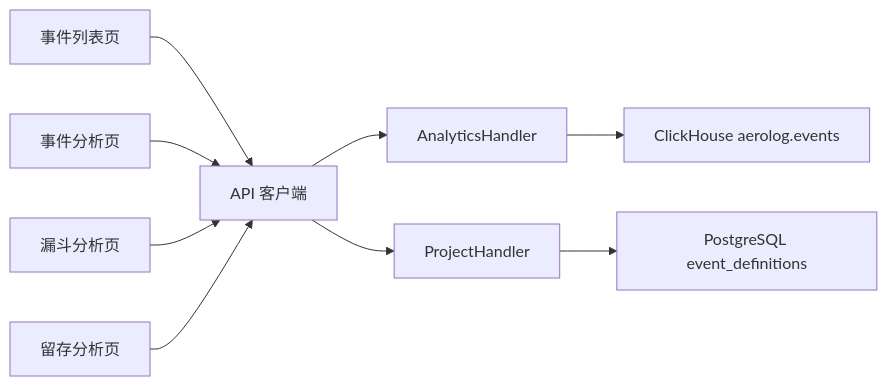
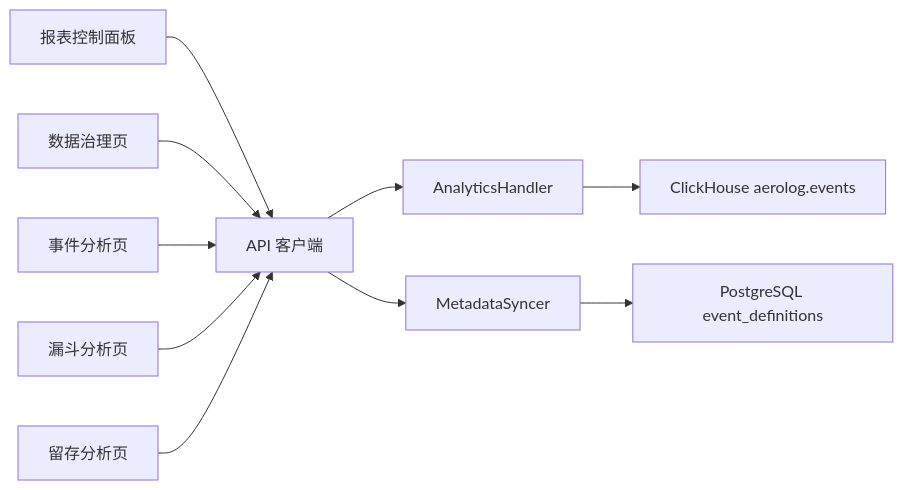
The fifth of 5 diagrams in .qoder/repowiki/zh/content/Web控制台/事件分析功能.md (zhen-zhong/AeroLog), drawn with Mermaid before and after one commit. The commit also changed other lines of this file and 26 other files, not shown here.

````diff
--- a/.qoder/repowiki/zh/content/Web控制台/事件分析功能.md
+++ b/.qoder/repowiki/zh/content/Web控制台/事件分析功能.md
@@ -329,11 +314,12 @@
 ```mermaid
 graph LR
-FE_Admin["事件列表页"] --> API["API 客户端"]
+FE_RC["报表控制面板"] --> API["API 客户端"]
+FE_Metadata["数据治理页"] --> API
 FE_Event["事件分析页"] --> API
 FE_Funnel["漏斗分析页"] --> API
 FE_Ret["留存分析页"] --> API
 API --> H_Ana["AnalyticsHandler"]
-API --> H_Proj["ProjectHandler"]
+API --> H_Meta["MetadataSyncer"]
 H_Ana --> CH["ClickHouse aerolog.events"]
-H_Proj --> PG["PostgreSQL event_definitions"]
+H_Meta --> PG["PostgreSQL event_definitions"]
 ```
````
